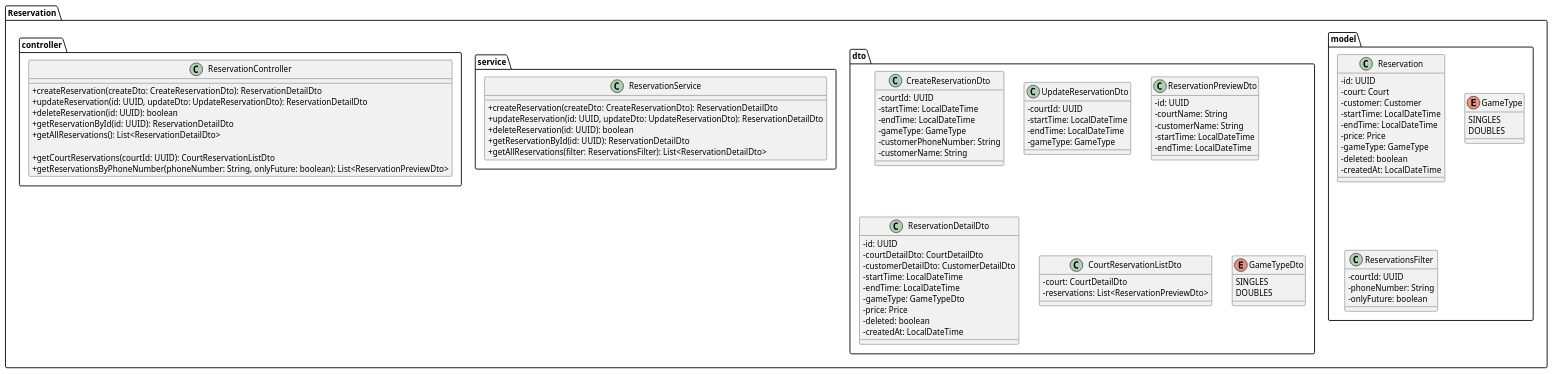
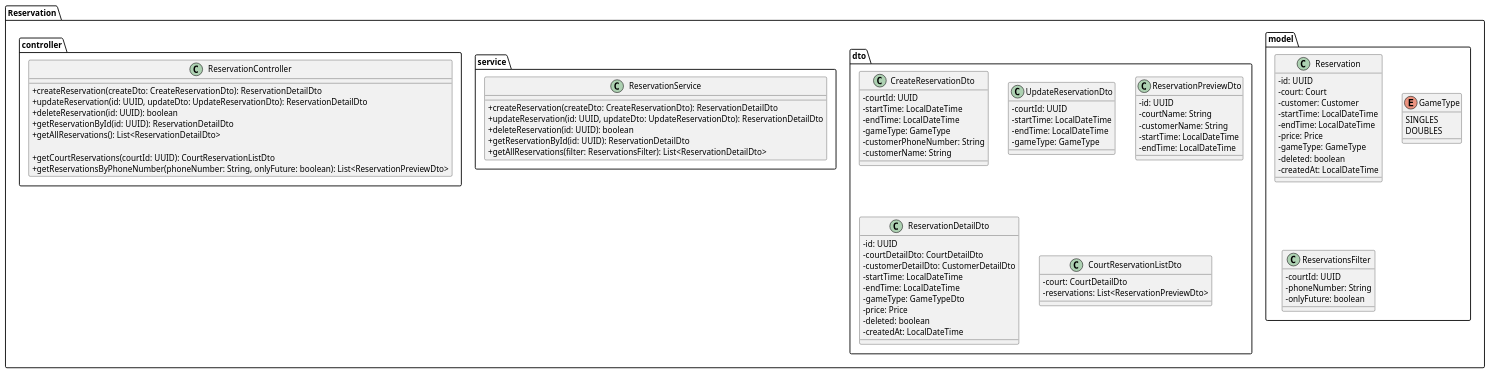
The diagram in docs/diagram/class-reservation.puml (tondracek/inqool-tennis), drawn with PlantUML before and after one commit.

Commit message:
fix: adjusted class-reservation.puml

```diff
--- a/docs/diagram/class-reservation.puml
+++ b/docs/diagram/class-reservation.puml
@@ -1,104 +1,99 @@
 @startuml
 
 skinparam classAttributeIconSize 0
 
 package "Reservation" {
 
 	package "model" {
 	  class Reservation {
 	    - id: UUID
 	    - court: Court
 	    - customer: Customer
 	    - startTime: LocalDateTime
 	    - endTime: LocalDateTime
 	    - price: Price
 	    - gameType: GameType
 	    - deleted: boolean
 	    - createdAt: LocalDateTime
 	  }
 
     enum GameType {
       SINGLES
       DOUBLES
     }
 
     class ReservationsFilter {
     	- courtId: UUID
     	- phoneNumber: String
     	- onlyFuture: boolean
     }
   }
 
   package "dto" {
 		class CreateReservationDto {
 			- courtId: UUID
 			- startTime: LocalDateTime
 			- endTime: LocalDateTime
 			- gameType: GameType
 			- customerPhoneNumber: String
 			- customerName: String
 		}
 
 		class UpdateReservationDto {
 			- courtId: UUID
 			- startTime: LocalDateTime
 			- endTime: LocalDateTime
 			- gameType: GameType
 		}
 
 		class ReservationPreviewDto {
 			- id: UUID
 			- courtName: String
 			- customerName: String
 			- startTime: LocalDateTime
 			- endTime: LocalDateTime
 		}
 
 		class ReservationDetailDto {
 			- id: UUID
 			- courtDetailDto: CourtDetailDto
 			- customerDetailDto: CustomerDetailDto
 			- startTime: LocalDateTime
 			- endTime: LocalDateTime
 			- gameType: GameTypeDto
 			- price: Price
 			- deleted: boolean
 			- createdAt: LocalDateTime
 		}
 
 		class CourtReservationListDto {
 			- court: CourtDetailDto
 			- reservations: List<ReservationPreviewDto>
 		}
-
-    enum GameTypeDto {
-      SINGLES
-      DOUBLES
-    }
   }
 
   package "service" {
     class ReservationService {
 	    + createReservation(createDto: CreateReservationDto): ReservationDetailDto
 	    + updateReservation(id: UUID, updateDto: UpdateReservationDto): ReservationDetailDto
 	    + deleteReservation(id: UUID): boolean
 	    + getReservationById(id: UUID): ReservationDetailDto
 	    + getAllReservations(filter: ReservationsFilter): List<ReservationDetailDto>
 	  }
   }
 
   package "controller" {
     class ReservationController {
 	    + createReservation(createDto: CreateReservationDto): ReservationDetailDto
 	    + updateReservation(id: UUID, updateDto: UpdateReservationDto): ReservationDetailDto
 	    + deleteReservation(id: UUID): boolean
 	    + getReservationById(id: UUID): ReservationDetailDto
 	    + getAllReservations(): List<ReservationDetailDto>
 
 	    + getCourtReservations(courtId: UUID): CourtReservationListDto
 	    + getReservationsByPhoneNumber(phoneNumber: String, onlyFuture: boolean): List<ReservationPreviewDto>
     }
   }
 }
 
 @enduml
```
